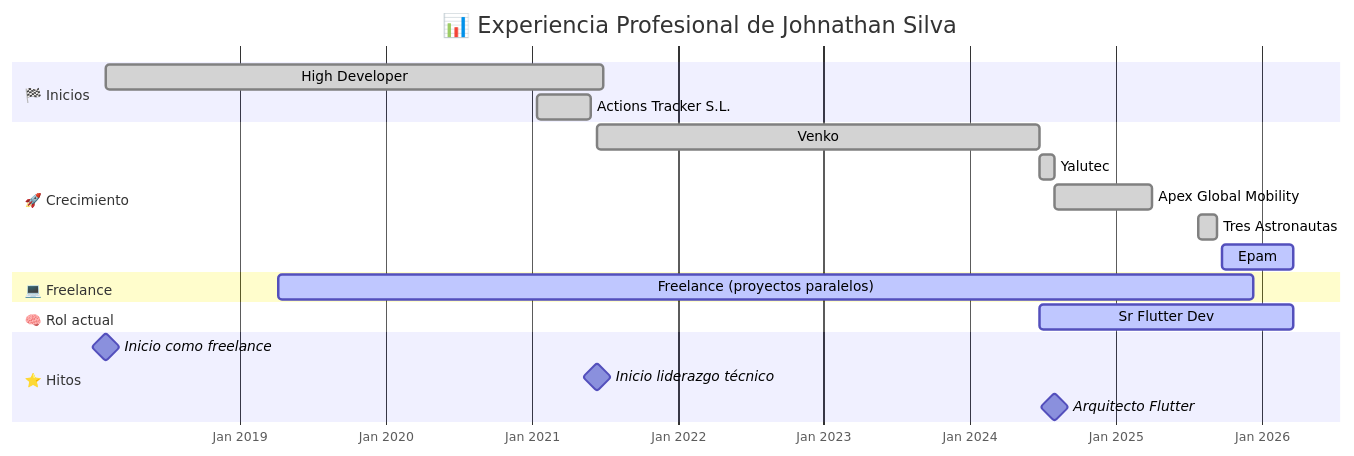
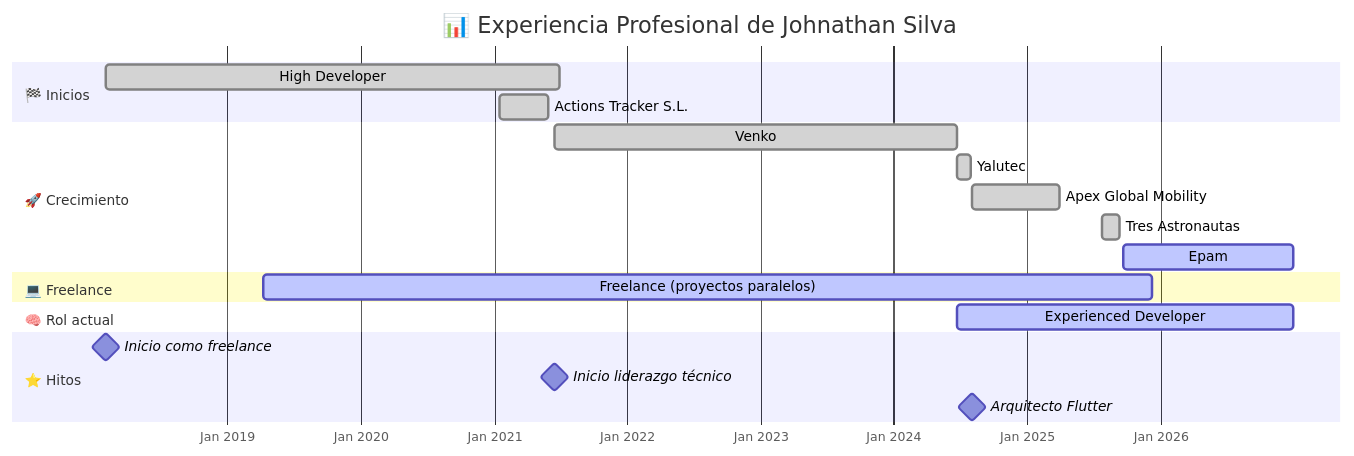
The sixth of 6 diagrams in README.md (johnathan23/johnathan23), drawn with Mermaid before and after one commit. The commit also changed other lines of this file, not shown here.

````diff
--- a/README.md
+++ b/README.md
@@ -79,28 +79,28 @@
 ```mermaid
 gantt
   title 📊 Experiencia Profesional de Johnathan Silva
   dateFormat  YYYY-MM-DD
   axisFormat  %b %Y
 
   section 🏁 Inicios
   High Developer       :done, 2018-02-01, 2021-06-30
   Actions Tracker S.L. :done, 2021-01-14, 2021-05-30
 
   section 🚀 Crecimiento
   Venko               :done, 2021-06-14, 2024-06-24
   Yalutec             :done, 2024-06-24, 2024-07-31
   Apex Global Mobility:done, 2024-08-01, 2025-03-31
   Tres Astronautas    :done, 2025-07-24, 2025-09-10
-  Epam                :active, 2025-09-22, 2026-03-20
+  Epam                :active, 2025-09-22, 2026-12-31
 
   section 💻 Freelance
   Freelance (proyectos paralelos) :active, 2019-04-08, 2025-12-10
 
   section 🧠 Rol actual
-  Sr Flutter Dev :active, 2024-06-24, 2026-03-20
+  Experienced Developer:active, 2024-06-24, 2026-12-31
 
   section ⭐ Hitos
   Inicio como freelance     :milestone, 2018-02-01, 0d
   Inicio liderazgo técnico  :milestone, 2021-06-14, 0d
   Arquitecto Flutter        :milestone, 2024-08-01, 0d
 ```
````
